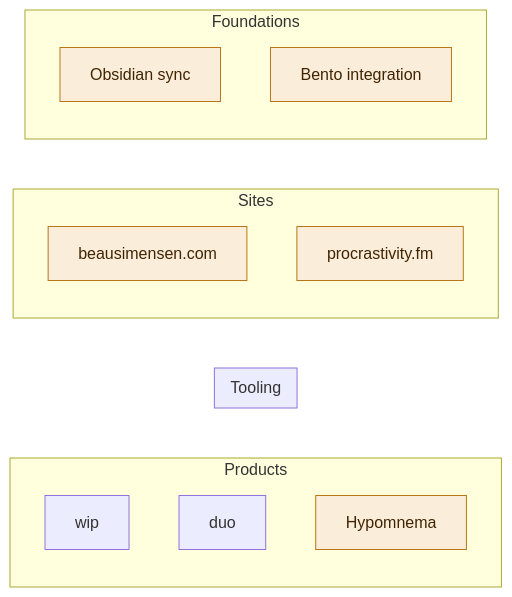
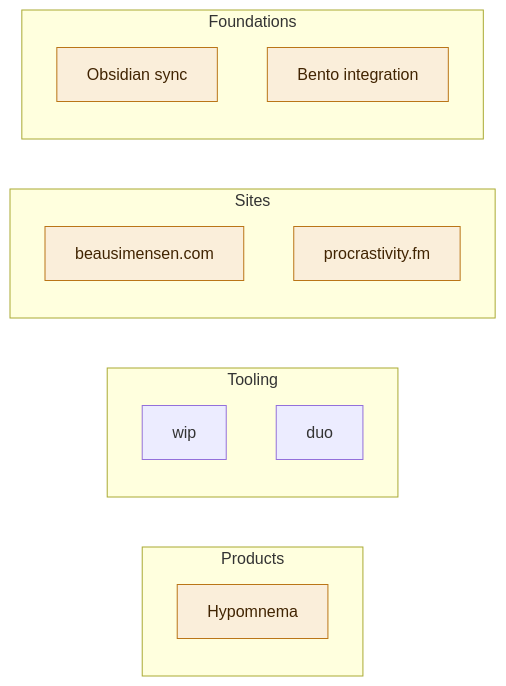
One commit to simensen/beausimensen-com-content changed the diagram in pages/now.md. Above: the diagram before and after it, drawn with Mermaid.

Commit message:
sync 2026-08-15T13:12:19Z

````diff
--- a/pages/now.md
+++ b/pages/now.md
@@ -12,28 +12,27 @@
 ```mermaid
 flowchart LR
     subgraph Products
-        wip[wip]
-        duo[duo]
+        hypomnema[Hypomnema]
         hypomnema[Hypomnema]
     end
 
     subgraph Tooling
         wip[wip]
         duo[duo]
     end
 
     subgraph Sites
         beausimensen[beausimensen.com]
         procrastivity[procrastivity.fm]
     end
 
     subgraph Foundations
         sync[Obsidian sync]
         bento[Bento integration]
     end
 
     classDef shipped fill:#EAF3DE,stroke:#639922,color:#173404
     classDef active fill:#FAEEDA,stroke:#BA7517,color:#412402
     class gethmn shipped
     class beausimensen,procrastivity,hypomnema,sync,bento active
 ```
````
